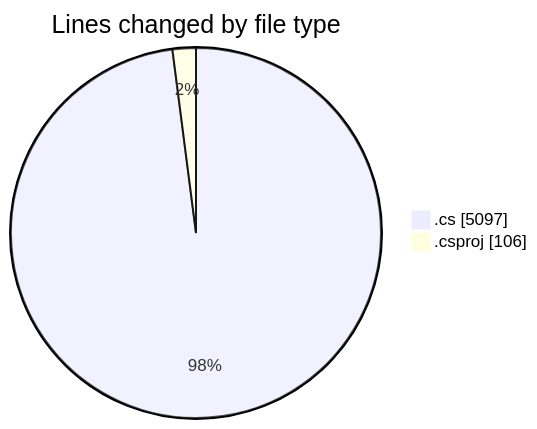
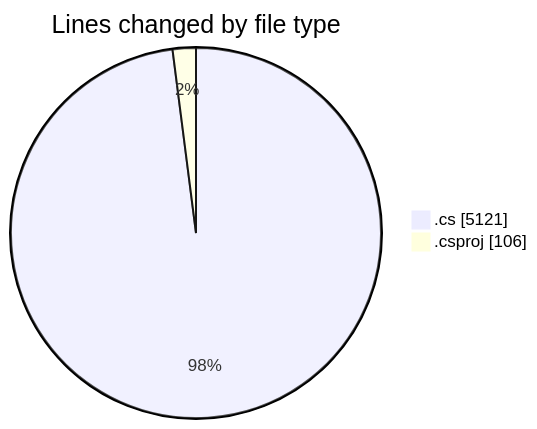
One commit to Netris89/code-tracking changed the first of 2 diagrams in 2025-04-02/back-end/README.md. Above: the diagram before and after it, drawn with Mermaid. The commit also changed other lines of this file and 1 other file, not shown here.

````diff
--- a/2025-04-02/back-end/README.md
+++ b/2025-04-02/back-end/README.md
@@ -35,6 +35,6 @@
 ```mermaid
 pie showData
 title Lines changed by file type
-".cs" : 5097
+".cs" : 5121
 ".csproj" : 106
 ```
````
